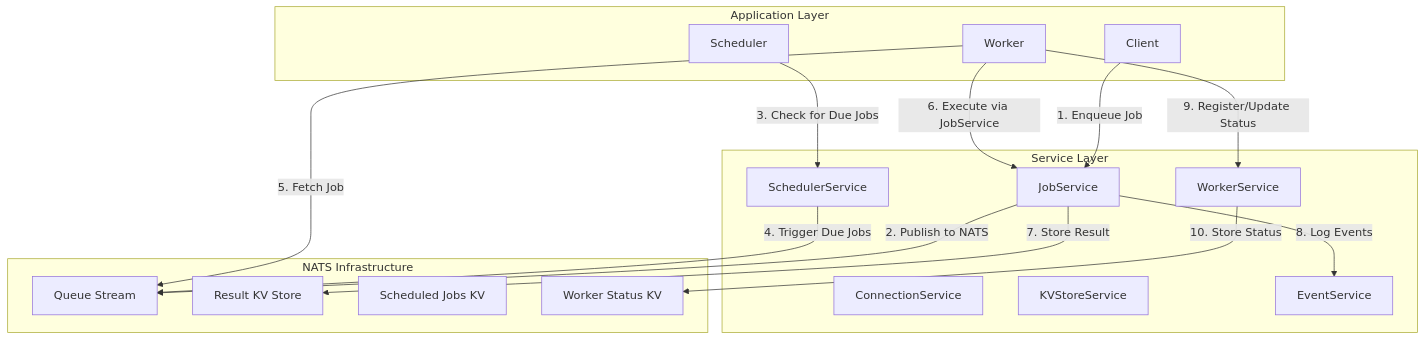
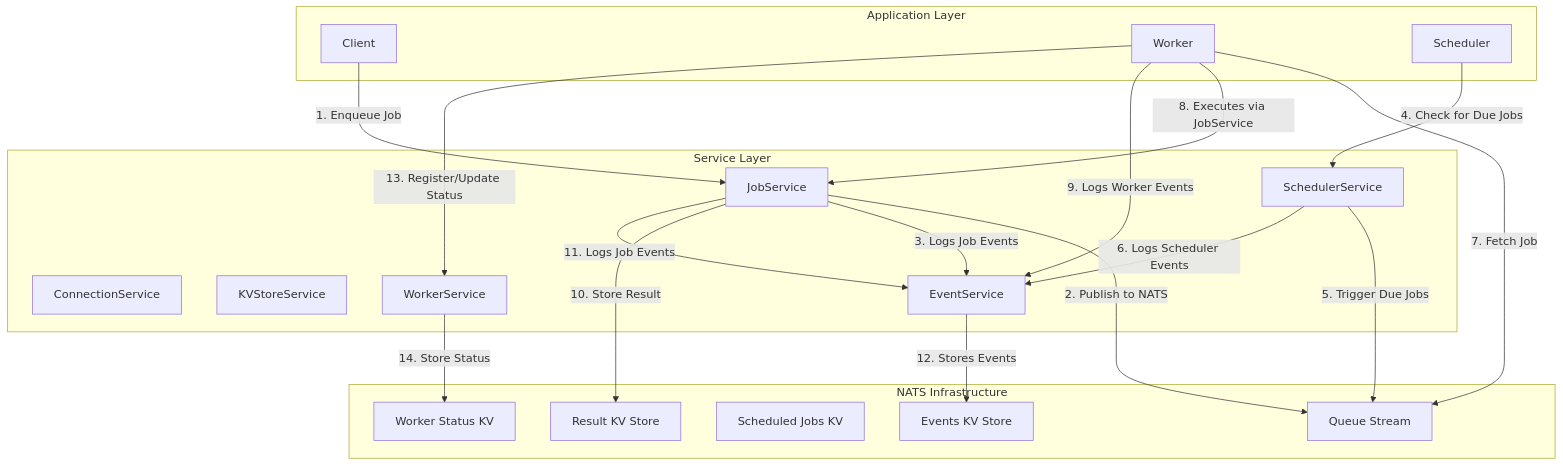
The first of 3 diagrams in docs/architecture.qmd (legout/naq), drawn with Mermaid before and after one commit. The commit also changed other lines of this file and 6 other files, not shown here.

````diff
--- a/docs/architecture.qmd
+++ b/docs/architecture.qmd
@@ -60,38 +60,44 @@
 ```{mermaid}
 graph TD
     subgraph "Application Layer"
         Client[Client]
         Worker[Worker]
         Scheduler[Scheduler]
     end
     
     subgraph "Service Layer"
         JobService[JobService]
         ConnectionService[ConnectionService]
         KVStoreService[KVStoreService]
         EventService[EventService]
         WorkerService[WorkerService]
         SchedulerService[SchedulerService]
     end
 
     subgraph "NATS Infrastructure"
         QueueStream[Queue Stream]
         ResultStore[Result KV Store]
         ScheduledJobs[Scheduled Jobs KV]
         WorkerStatus[Worker Status KV]
+        EventsKV[Events KV Store]
     end
 
     Client -- "1. Enqueue Job" --> JobService
     JobService -- "2. Publish to NATS" --> QueueStream
+    JobService -- "3. Logs Job Events" --> EventService
     
-    Scheduler -- "3. Check for Due Jobs" --> SchedulerService
-    SchedulerService -- "4. Trigger Due Jobs" --> QueueStream
+    Scheduler -- "4. Check for Due Jobs" --> SchedulerService
+    SchedulerService -- "5. Trigger Due Jobs" --> QueueStream
+    SchedulerService -- "6. Logs Scheduler Events" --> EventService
     
-    Worker -- "5. Fetch Job" --> QueueStream
-    Worker -- "6. Execute via JobService" --> JobService
-    JobService -- "7. Store Result" --> ResultStore
-    JobService -- "8. Log Events" --> EventService
+    Worker -- "7. Fetch Job" --> QueueStream
+    Worker -- "8. Executes via JobService" --> JobService
+    Worker -- "9. Logs Worker Events" --> EventService
+    JobService -- "10. Store Result" --> ResultStore
+    JobService -- "11. Logs Job Events" --> EventService
     
-    Worker -- "9. Register/Update Status" --> WorkerService
-    WorkerService -- "10. Store Status" --> WorkerStatus
+    EventService -- "12. Stores Events" --> EventsKV
+    
+    Worker -- "13. Register/Update Status" --> WorkerService
+    WorkerService -- "14. Store Status" --> WorkerStatus
 ```
````
